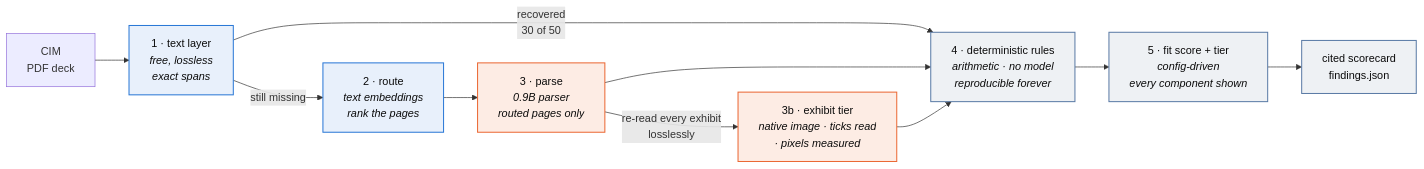
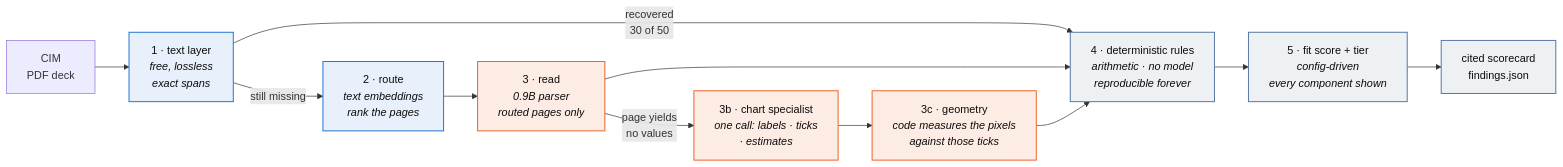
The first of 2 diagrams in README.md (situhacks/deal-ready), drawn with Mermaid before and after one commit. The commit also changed other lines of this file and 46 other files, not shown here.

````diff
--- a/README.md
+++ b/README.md
@@ -174,19 +49,20 @@
 ```mermaid
 flowchart LR
     PDF["CIM<br/>PDF deck"] --> TL["1 · text layer<br/><i>free, lossless<br/>exact spans</i>"]
     TL -->|"recovered<br/>30 of 50"| RULES
     TL -->|"still missing"| RT["2 · route<br/><i>text embeddings<br/>rank the pages</i>"]
-    RT --> V["3 · parse<br/><i>0.9B parser<br/>routed pages only</i>"]
-    V -->|"re-read every exhibit<br/>losslessly"| V2["3b · exhibit tier<br/><i>native image · ticks read<br/>· pixels measured</i>"]
+    RT --> V["3 · read<br/><i>0.9B parser<br/>routed pages only</i>"]
+    V -->|"page yields<br/>no values"| CH["3b · chart specialist<br/><i>one call: labels · ticks<br/>· estimates</i>"]
+    CH --> GEO["3c · geometry<br/><i>code measures the pixels<br/>against those ticks</i>"]
     V --> RULES
-    V2 --> RULES
+    GEO --> RULES
     RULES["4 · deterministic rules<br/><i>arithmetic · no model<br/>reproducible forever</i>"] --> FIT["5 · fit score + tier<br/><i>config-driven<br/>every component shown</i>"]
     FIT --> OUT["cited scorecard<br/>findings.json"]
 
     classDef free fill:#e8f0fb,stroke:#2a78d6,stroke-width:1.5px,color:#0b0b0b
     classDef paid fill:#fdece4,stroke:#eb6834,stroke-width:1.5px,color:#0b0b0b
     classDef det  fill:#eef1f4,stroke:#5b7ba6,stroke-width:1.5px,color:#0b0b0b
     class TL,RT free
-    class V,V2 paid
+    class V,CH,GEO paid
     class RULES,FIT,OUT det
 ```
````
